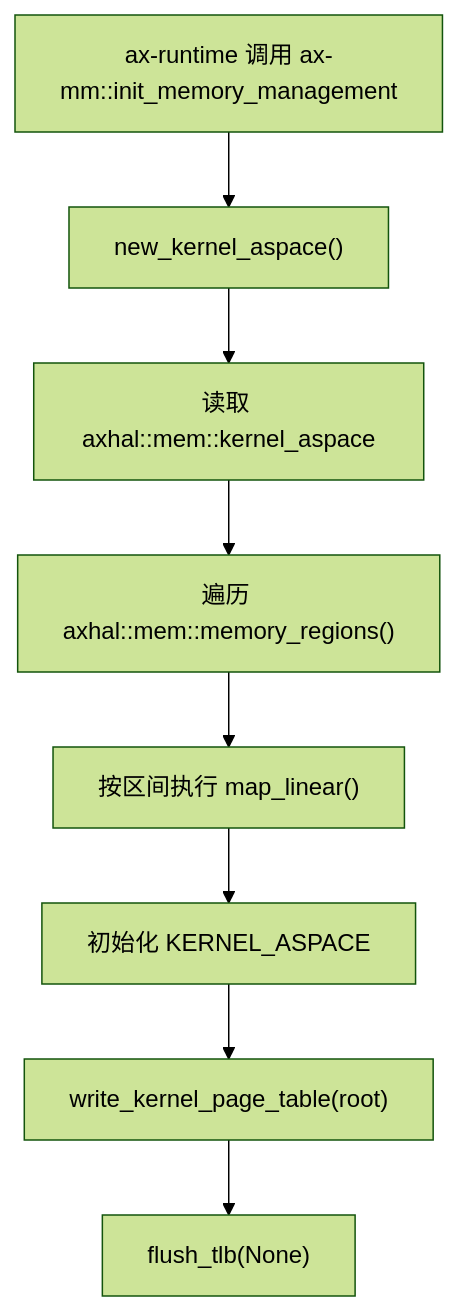
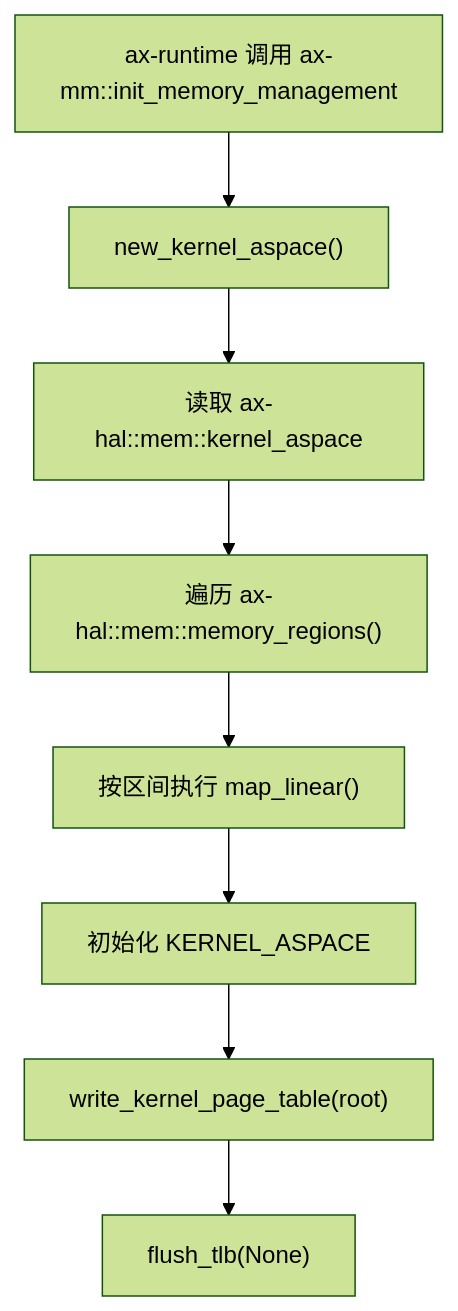
Before and after one commit to yfblock/tgoskits: the first of 2 diagrams in docs/crates/ax-mm.md, drawn with Mermaid (forest theme). The commit also changed other lines of this file and 158 other files, not shown here.

Commit message:
rename axhal to ax-hal

````diff
--- a/docs/crates/ax-mm.md
+++ b/docs/crates/ax-mm.md
@@ -39,10 +39,10 @@
 ```mermaid
 flowchart TD
     A["ax-runtime 调用 ax-mm::init_memory_management"] --> B["new_kernel_aspace()"]
-    B --> C["读取 axhal::mem::kernel_aspace"]
-    C --> D["遍历 axhal::mem::memory_regions()"]
+    B --> C["读取 ax-hal::mem::kernel_aspace"]
+    C --> D["遍历 ax-hal::mem::memory_regions()"]
     D --> E["按区间执行 map_linear()"]
     E --> F["初始化 KERNEL_ASPACE"]
     F --> G["write_kernel_page_table(root)"]
     G --> H["flush_tlb(None)"]
 ```
````
